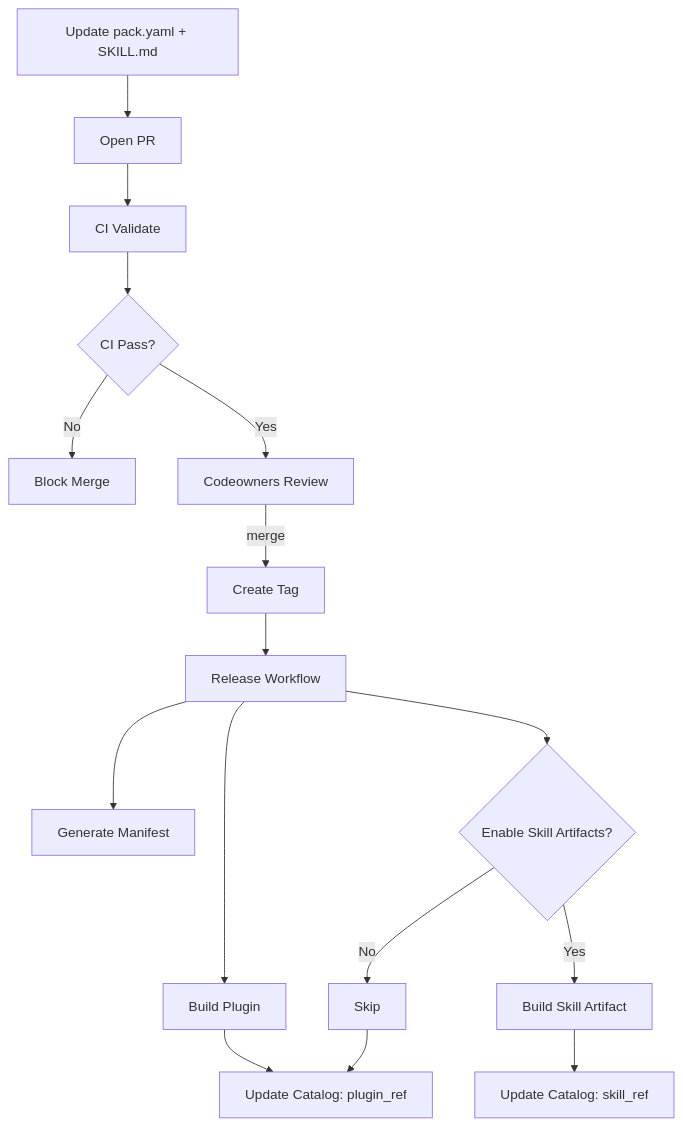
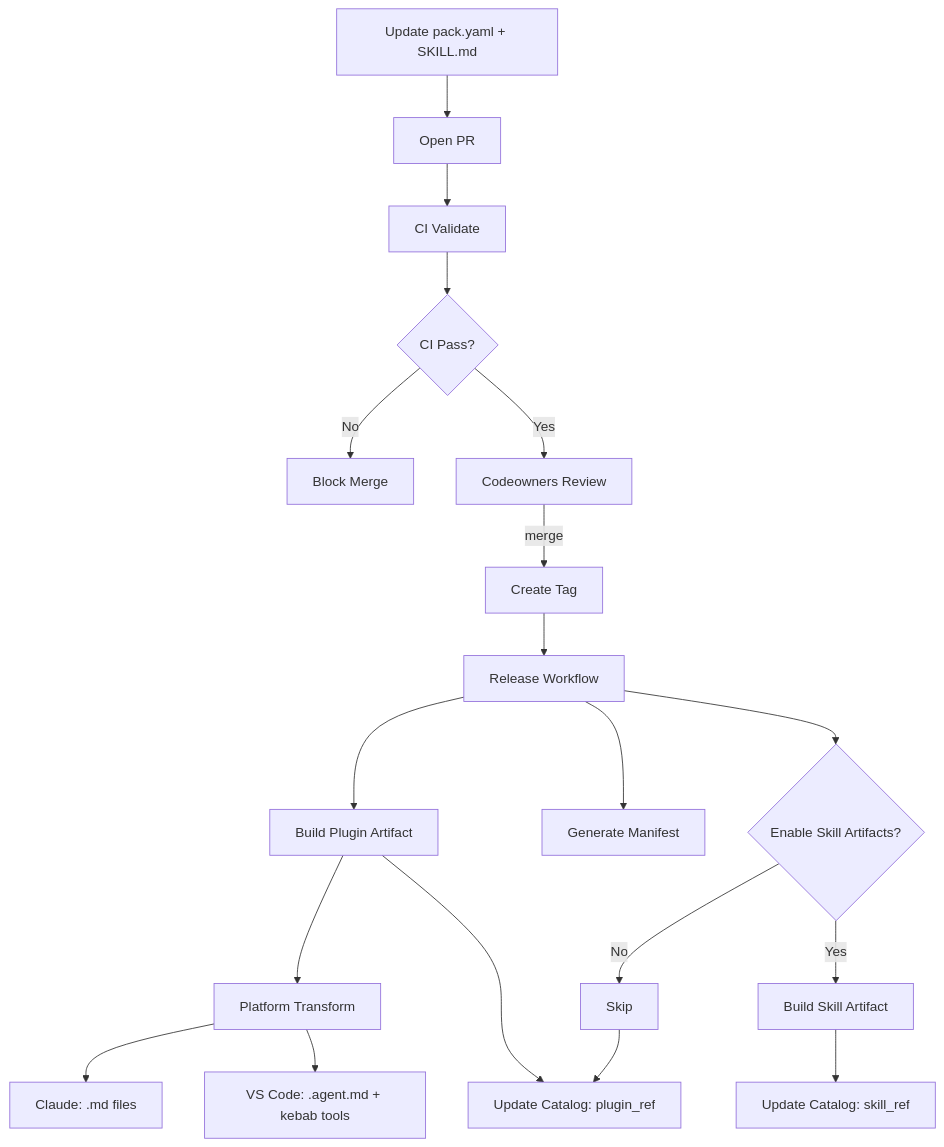
Before and after one commit to devbolin/skills: the first of 3 diagrams in docs/phase1/FLOW.md, drawn with Mermaid. The commit also changed 6 other files, not shown here.

````diff
--- a/docs/phase1/FLOW.md
+++ b/docs/phase1/FLOW.md
@@ -5,20 +5,23 @@
 ```mermaid
 flowchart TD
     A[Update pack.yaml + SKILL.md] --> B[Open PR]
     B --> C[CI Validate]
     C --> D{CI Pass?}
     D -->|No| E[Block Merge]
     D -->|Yes| F[Codeowners Review]
     F -->|merge| G[Create Tag]
     G --> H[Release Workflow]
 
-    H --> I[Build Plugin]
+    H --> I[Build Plugin Artifact]
+    I --> I2[Platform Transform]
+    I2 --> I3[Claude: .md files]
+    I2 --> I4[VS Code: .agent.md + kebab tools]
     H --> J[Generate Manifest]
     H --> K{Enable Skill Artifacts?}
     K -->|Yes| L[Build Skill Artifact]
     K -->|No| M[Skip]
 
     I --> N[Update Catalog: plugin_ref]
     L --> O[Update Catalog: skill_ref]
     M --> N
 ```
````
